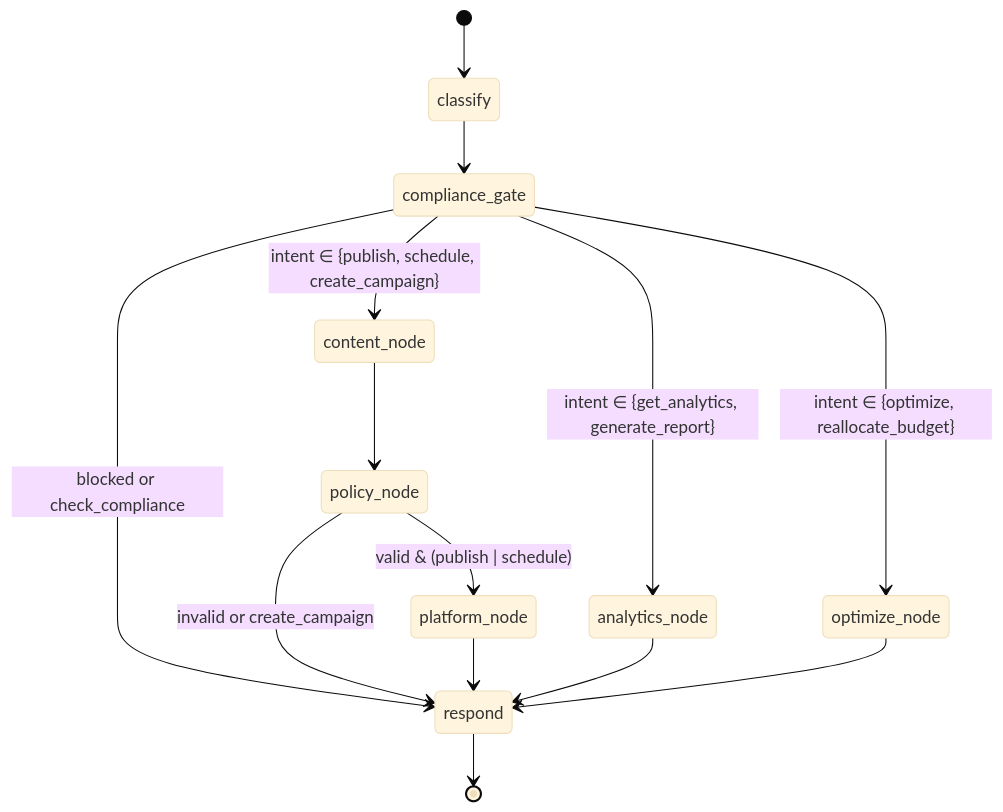
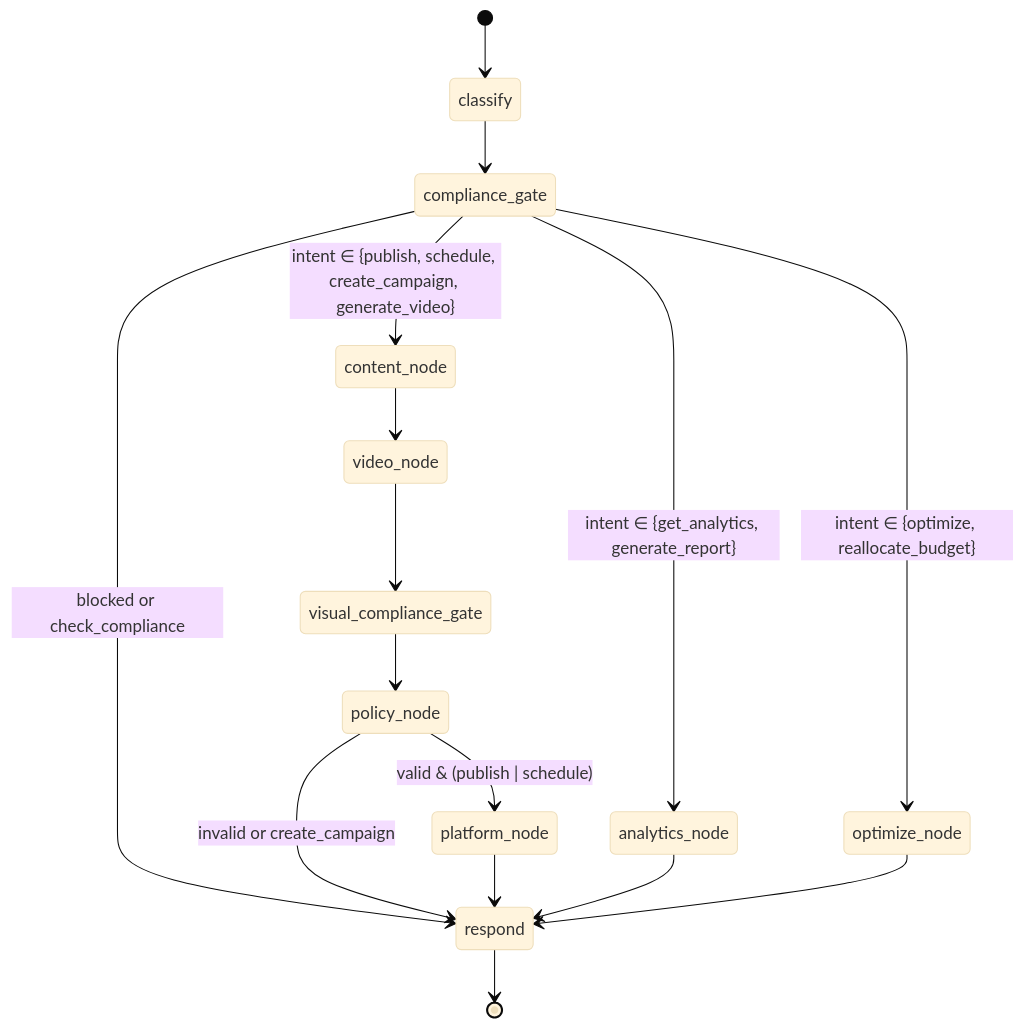
The second of 2 diagrams in docs/architecture.md (aroznammu/orchestra-ai), drawn with Mermaid (base theme) before and after one commit. The commit also changed other lines of this file and 6 other files, not shown here.

First line of the commit message:
docs: update architecture, security, cost analysis, user procedures, and go-live checklist

````diff
--- a/docs/architecture.md
+++ b/docs/architecture.md
@@ -81,19 +81,21 @@
 ```mermaid
 stateDiagram-v2
     [*] --> classify
     classify --> compliance_gate
 
-    compliance_gate --> content_node : intent ∈ {publish, schedule, create_campaign}
+    compliance_gate --> content_node : intent ∈ {publish, schedule, create_campaign, generate_video}
     compliance_gate --> analytics_node : intent ∈ {get_analytics, generate_report}
     compliance_gate --> optimize_node : intent ∈ {optimize, reallocate_budget}
     compliance_gate --> respond : blocked or check_compliance
 
-    content_node --> policy_node
+    content_node --> video_node
+    video_node --> visual_compliance_gate
+    visual_compliance_gate --> policy_node
     policy_node --> platform_node : valid & (publish | schedule)
     policy_node --> respond : invalid or create_campaign
 
     platform_node --> respond
     analytics_node --> respond
     optimize_node --> respond
     respond --> [*]
 ```
````
